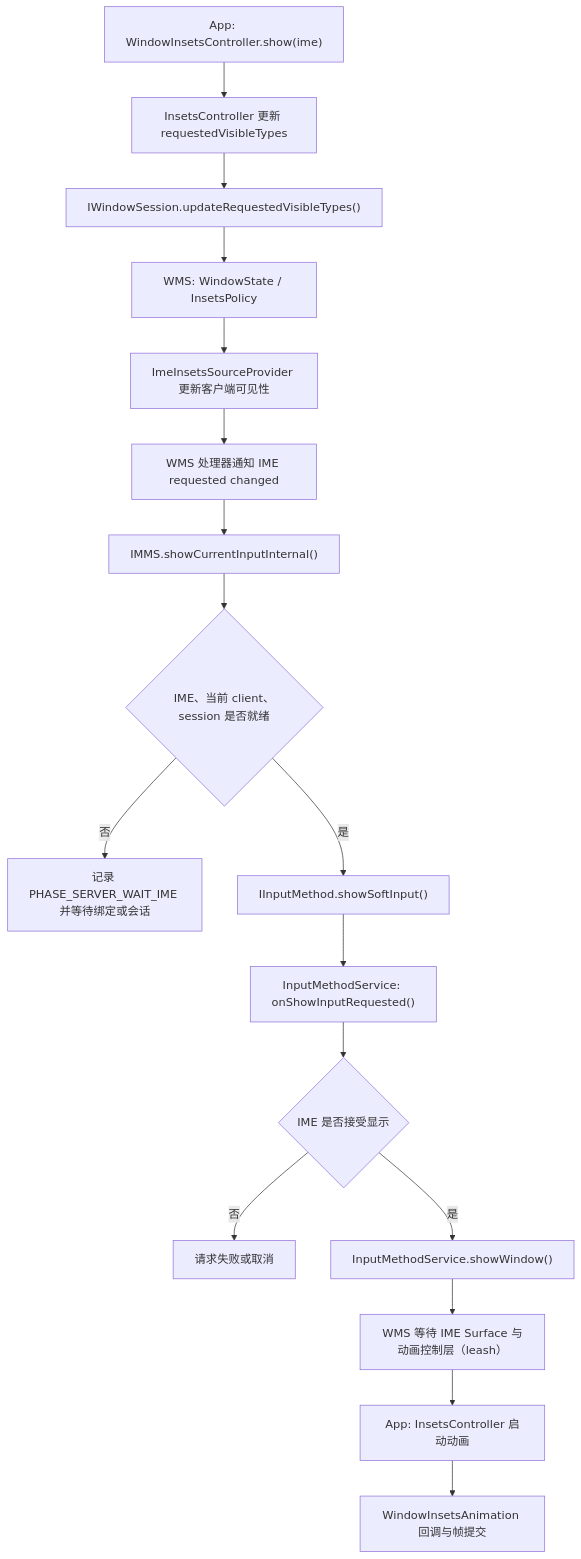
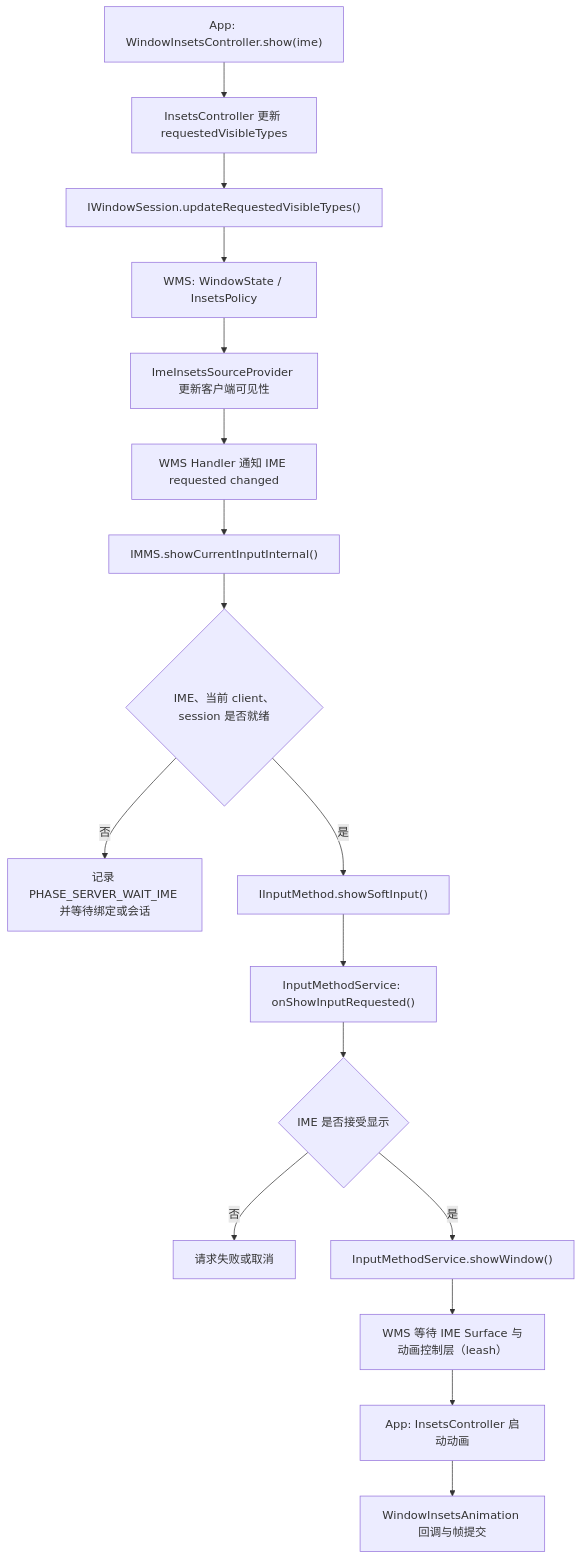
The diagram in src/part1-fundamentals/ch03-input/11-input-method-manager-performance.md (Gracker/android-internals-wiki), drawn with Mermaid before and after one commit. The commit also changed other lines of this file and 4 other files, not shown here.

````diff
--- a/src/part1-fundamentals/ch03-input/11-input-method-manager-performance.md
+++ b/src/part1-fundamentals/ch03-input/11-input-method-manager-performance.md
@@ -82,19 +82,19 @@
 ```mermaid
 flowchart TD
     A["App: WindowInsetsController.show(ime)"] --> B["InsetsController 更新 requestedVisibleTypes"]
     B --> C["IWindowSession.updateRequestedVisibleTypes()"]
     C --> D["WMS: WindowState / InsetsPolicy"]
     D --> E["ImeInsetsSourceProvider 更新客户端可见性"]
-    E --> F["WMS 处理器通知 IME requested changed"]
+    E --> F["WMS Handler 通知 IME requested changed"]
     F --> G["IMMS.showCurrentInputInternal()"]
     G --> H{"IME、当前 client、session 是否就绪"}
     H -->|否| I["记录 PHASE_SERVER_WAIT_IME 并等待绑定或会话"]
     H -->|是| J["IInputMethod.showSoftInput()"]
     J --> K["InputMethodService: onShowInputRequested()"]
     K --> L{"IME 是否接受显示"}
     L -->|否| M["请求失败或取消"]
     L -->|是| N["InputMethodService.showWindow()"]
     N --> O["WMS 等待 IME Surface 与动画控制层（leash）"]
     O --> P["App: InsetsController 启动动画"]
     P --> Q["WindowInsetsAnimation 回调与帧提交"]
 ```
````
